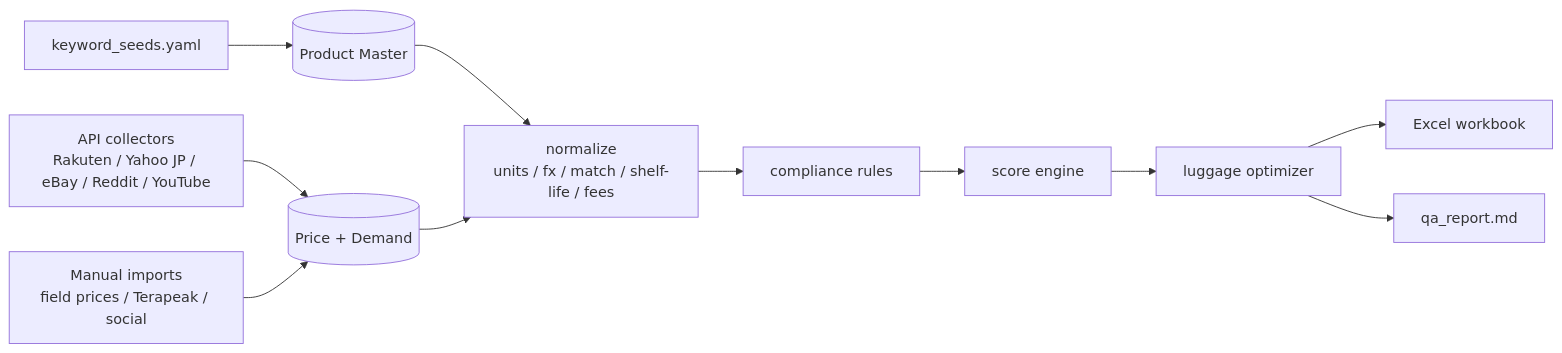
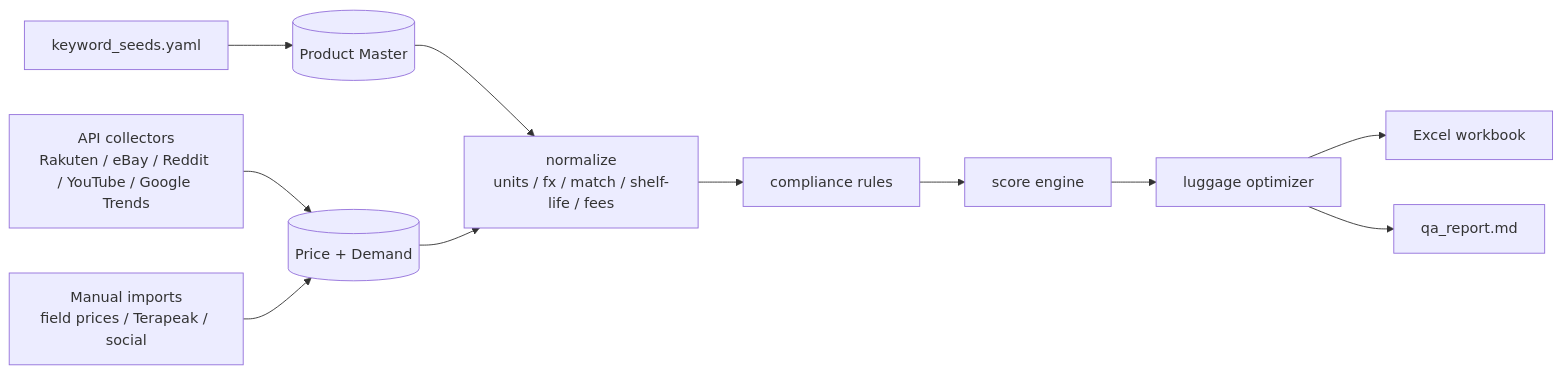
Before and after one commit to linleiwen/commodity_analytics: the diagram in README.md, drawn with Mermaid. The commit also changed other lines of this file and 5 other files, not shown here.

Commit message:
Remove Yahoo/PA-API/Keepa sources, add Google Trends live collector, update env/example and docs.

````diff
--- a/README.md
+++ b/README.md
@@ -52,13 +52,13 @@
 ```mermaid
 flowchart LR
     seeds[keyword_seeds.yaml] --> master[(Product Master)]
-    api[API collectors\nRakuten / Yahoo JP / eBay / Reddit / YouTube] --> obs[(Price + Demand)]
+    api[API collectors\nRakuten / eBay / Reddit / YouTube / Google Trends] --> obs[(Price + Demand)]
     manual[Manual imports\nfield prices / Terapeak / social] --> obs
     master --> norm[normalize\nunits / fx / match / shelf-life / fees]
     obs --> norm
     norm --> comp[compliance rules]
     comp --> score[score engine]
     score --> lug[luggage optimizer]
     lug --> xlsx[Excel workbook]
     lug --> qa[qa_report.md]
 ```
````
